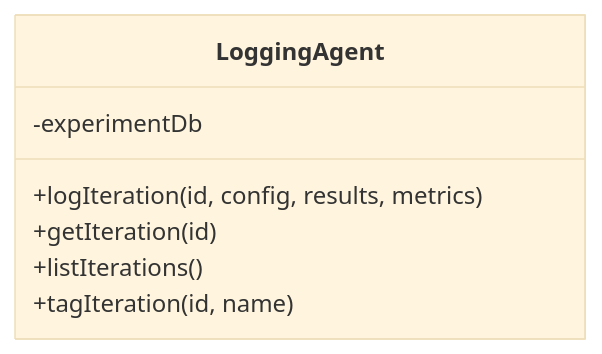
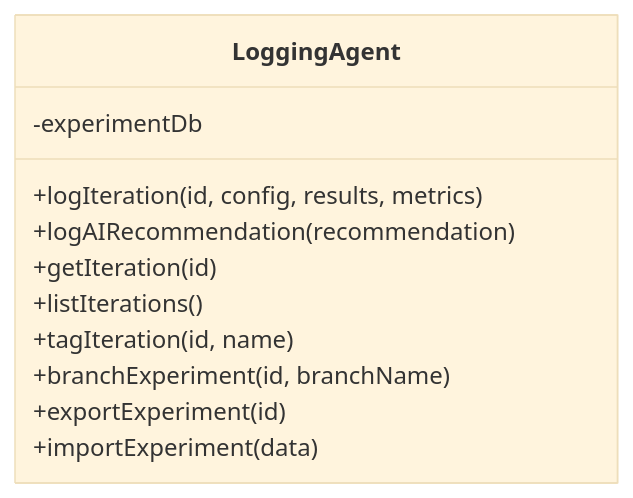
The sixth of 7 diagrams in ARCHITECTURE.md (sstults/solr-optimizer), drawn with Mermaid (base theme) before and after one commit. The commit also changed other lines of this file and 12 other files, not shown here.

````diff
--- a/ARCHITECTURE.md
+++ b/ARCHITECTURE.md
@@ -179,10 +243,14 @@
 ```mermaid
 classDiagram
     class LoggingAgent {
         +logIteration(id, config, results, metrics)
+        +logAIRecommendation(recommendation)
         +getIteration(id)
         +listIterations()
         +tagIteration(id, name)
+        +branchExperiment(id, branchName)
+        +exportExperiment(id)
+        +importExperiment(data)
         -experimentDb
     }
 ```
````
